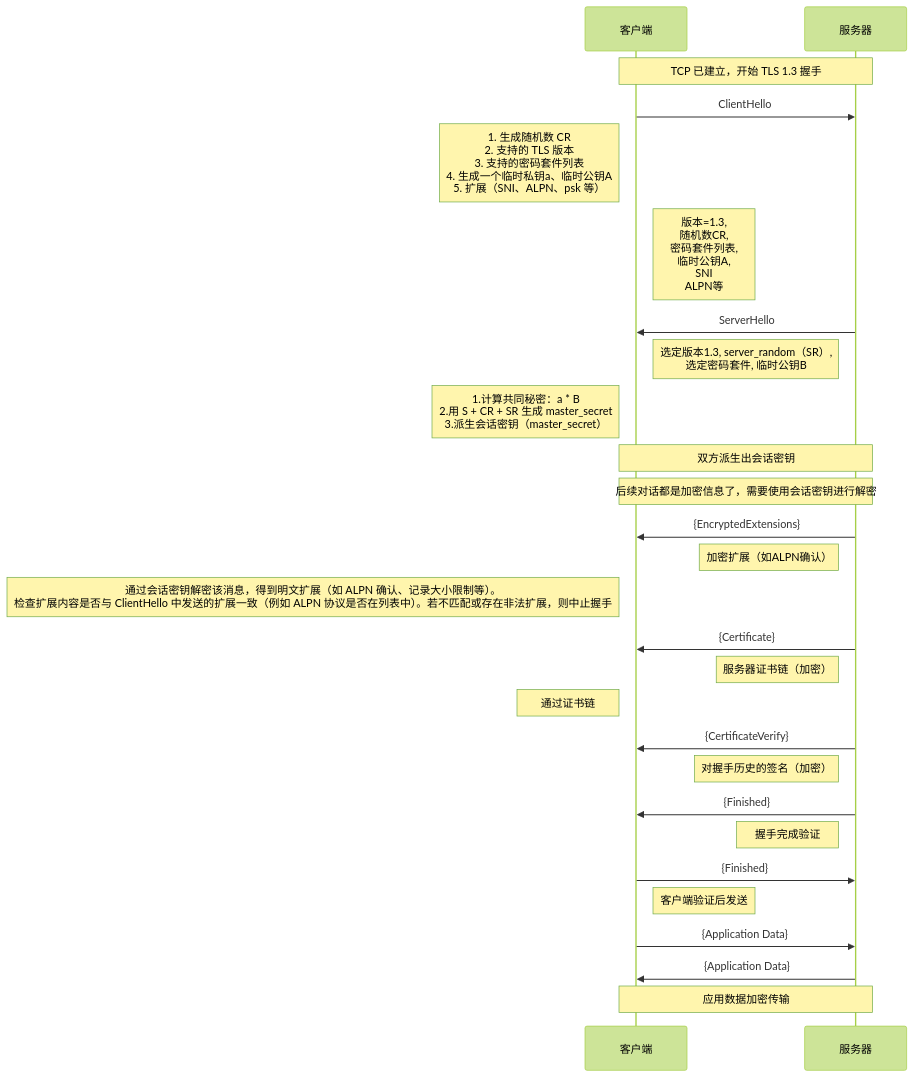
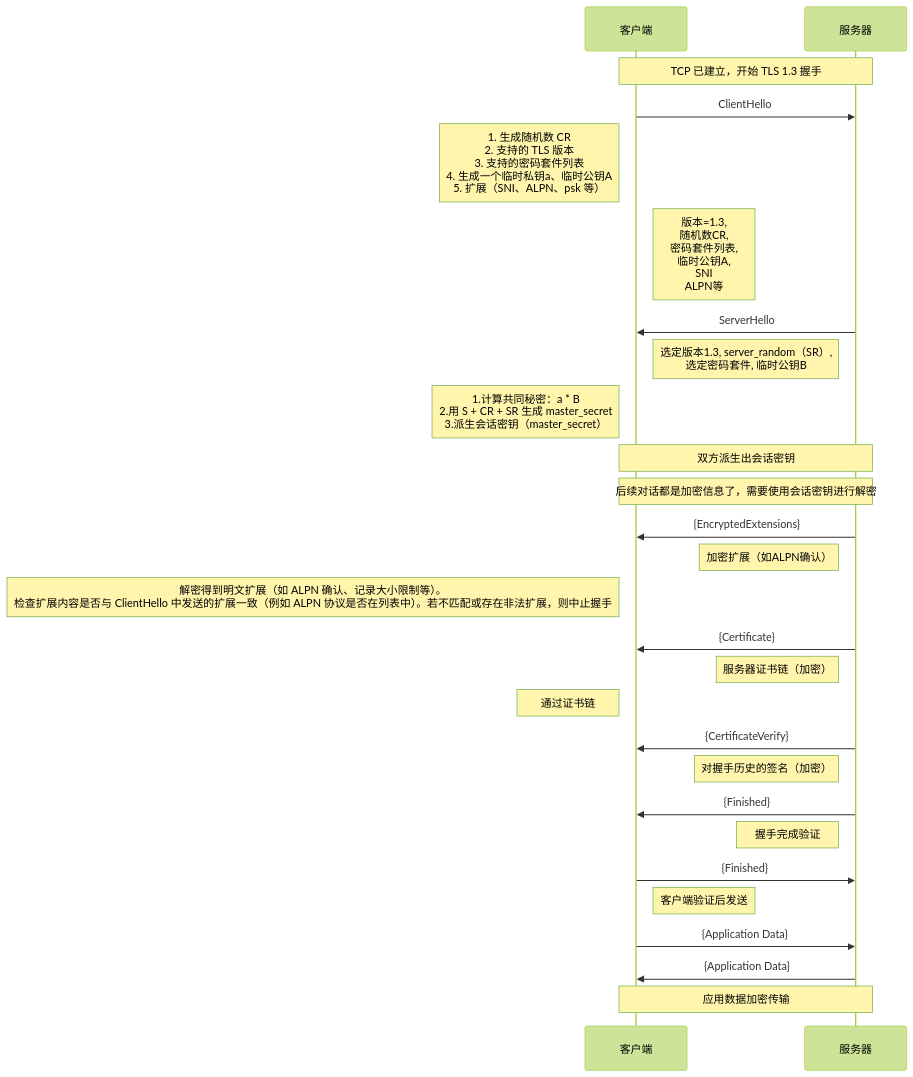
The diagram in all/TLS-1.3-通用.md (HY-10-8/iodraw-files), drawn with Mermaid (forest theme) before and after one commit.

Commit message:
2026-03-30 18:06:15 update

````diff
--- a/all/TLS-1.3-通用.md
+++ b/all/TLS-1.3-通用.md
@@ -1,39 +1,39 @@
 ```mermaid
 sequenceDiagram
     participant C as 客户端
     participant S as 服务器
 
     Note over C,S: TCP 已建立，开始 TLS 1.3 握手
 
     C->>S: ClientHello
     Note left of C: 1. 生成随机数 CR<br/> 2. 支持的 TLS 版本<br/> 3. 支持的密码套件列表<br/> 4. 生成一个临时私钥a、临时公钥A<br/> 5. 扩展（SNI、ALPN、psk 等）
     Note right of C: 版本=1.3,<br/> 随机数CR,<br/> 密码套件列表,<br/> 临时公钥A,<br/> SNI<br/> ALPN等
 
     S->>C: ServerHello
     Note left of S: 选定版本1.3, server_random（SR）,<br/> 选定密码套件, 临时公钥B
     Note left of C: 1.计算共同秘密：a * B<br/> 2.用 S + CR + SR 生成 master_secret<br/> 3.派生会话密钥（master_secret）
 
     Note over C,S: 双方派生出会话密钥
     Note over C,S: 后续对话都是加密信息了，需要使用会话密钥进行解密
 
     S->>C: {EncryptedExtensions}
     Note left of S: 加密扩展（如ALPN确认）
-    Note left of C: 通过会话密钥解密该消息，得到明文扩展（如 ALPN 确认、记录大小限制等）。<br/>检查扩展内容是否与 ClientHello 中发送的扩展一致（例如 ALPN 协议是否在列表中）。若不匹配或存在非法扩展，则中止握手
+    Note left of C: 解密得到明文扩展（如 ALPN 确认、记录大小限制等）。<br/>检查扩展内容是否与 ClientHello 中发送的扩展一致（例如 ALPN 协议是否在列表中）。若不匹配或存在非法扩展，则中止握手
 
     S->>C: {Certificate}
     Note left of S: 服务器证书链（加密）
     Note left of C: 通过证书链
 
     S->>C: {CertificateVerify}
     Note left of S: 对握手历史的签名（加密）
 
     S->>C: {Finished}
     Note left of S: 握手完成验证
 
     C->>S: {Finished}
     Note right of C: 客户端验证后发送
 
     C->>S: {Application Data}
     S->>C: {Application Data}
     Note over C,S: 应用数据加密传输
 ```
````
